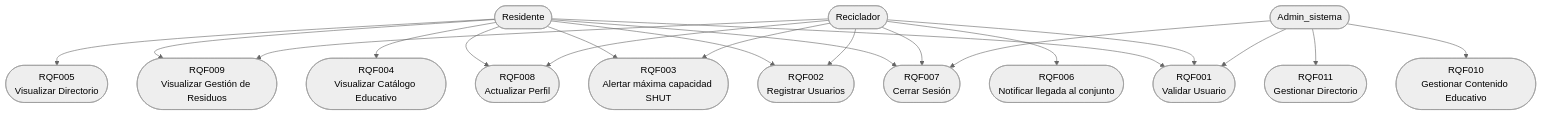
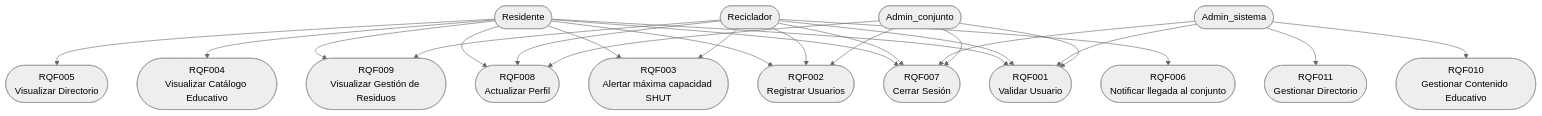
Before and after one commit to Yilmerher12/proyecto-verdeapp-adso: the diagram in docs/referencia-proyecto/diagramas-UML/casos-de-uso.md, drawn with Mermaid (neutral theme). The commit also changed other lines of this file and 5 other files, not shown here.

````diff
--- a/docs/referencia-proyecto/diagramas-UML/casos-de-uso.md
+++ b/docs/referencia-proyecto/diagramas-UML/casos-de-uso.md
@@ -65,41 +77,47 @@
 ```mermaid
 flowchart TB
 
     Residente([Residente])
     Reciclador([Reciclador])
     Admin([Admin_sistema])
+    AdminConjunto([Admin_conjunto])
 
     RQF001([RQF001\nValidar Usuario])
     RQF002([RQF002\nRegistrar Usuarios])
     RQF003([RQF003\nAlertar máxima capacidad SHUT])
     RQF004([RQF004\nVisualizar Catálogo Educativo])
     RQF005([RQF005\nVisualizar Directorio])
     RQF006([RQF006\nNotificar llegada al conjunto])
     RQF007([RQF007\nCerrar Sesión])
     RQF008([RQF008\nActualizar Perfil])
     RQF009([RQF009\nVisualizar Gestión de Residuos])
     RQF010([RQF010\nGestionar Contenido Educativo])
     RQF011([RQF011\nGestionar Directorio])
 
     Residente --> RQF001
     Residente --> RQF002
     Residente --> RQF003
     Residente --> RQF004
     Residente --> RQF005
     Residente --> RQF007
     Residente --> RQF008
     Residente --> RQF009
 
     Reciclador --> RQF001
     Reciclador --> RQF002
     Reciclador --> RQF003
     Reciclador --> RQF006
     Reciclador --> RQF007
     Reciclador --> RQF008
     Reciclador --> RQF009
 
     Admin --> RQF001
     Admin --> RQF007
     Admin --> RQF010
     Admin --> RQF011
+
+    AdminConjunto --> RQF001
+    AdminConjunto --> RQF002
+    AdminConjunto --> RQF007
+    AdminConjunto --> RQF008
 ```
````
